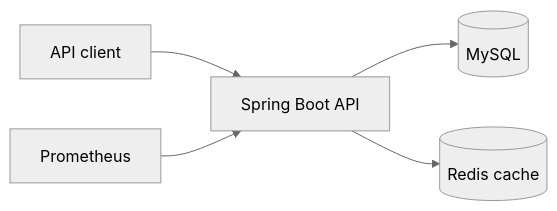
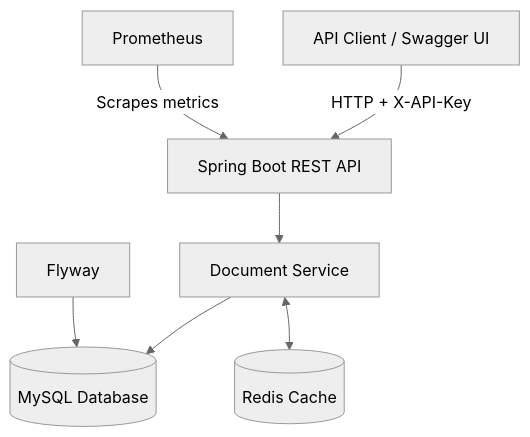
The diagram in README.md (tanmaysh1211/DocuTrack-Product-Document-Versioning-Tracking-API), drawn with Mermaid (neutral theme) before and after one commit. The commit also changed other lines of this file, not shown here.

````diff
--- a/README.md
+++ b/README.md
@@ -25,7 +70,9 @@
 ```mermaid
-flowchart LR
-    C[API client] --> S[Spring Boot API]
-    S --> DB[(MySQL)]
-    S --> R[(Redis cache)]
-    P[Prometheus] --> S
+flowchart TD
+    C[API Client / Swagger UI] -->|HTTP + X-API-Key| S[Spring Boot REST API]
+    S --> D[Document Service]
+    D --> M[(MySQL Database)]
+    D <--> R[(Redis Cache)]
+    F[Flyway] --> M
+    P[Prometheus] -->|Scrapes metrics| S
 ```
````
